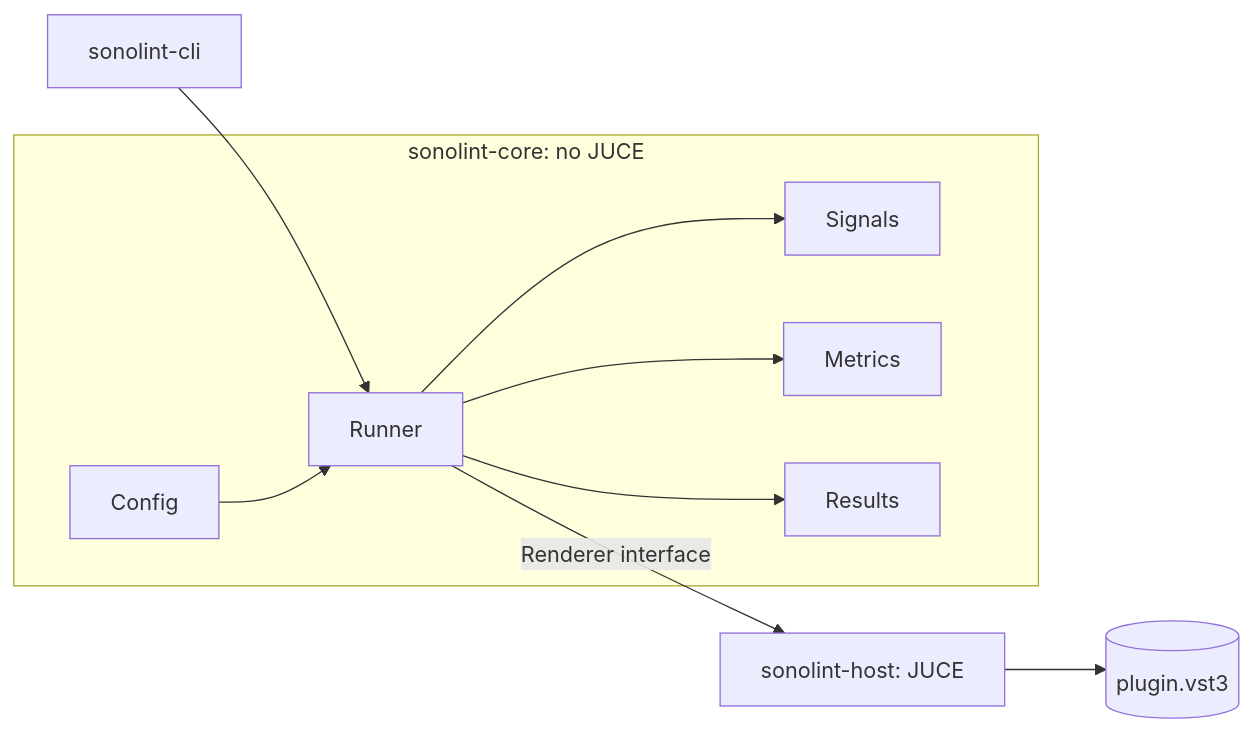
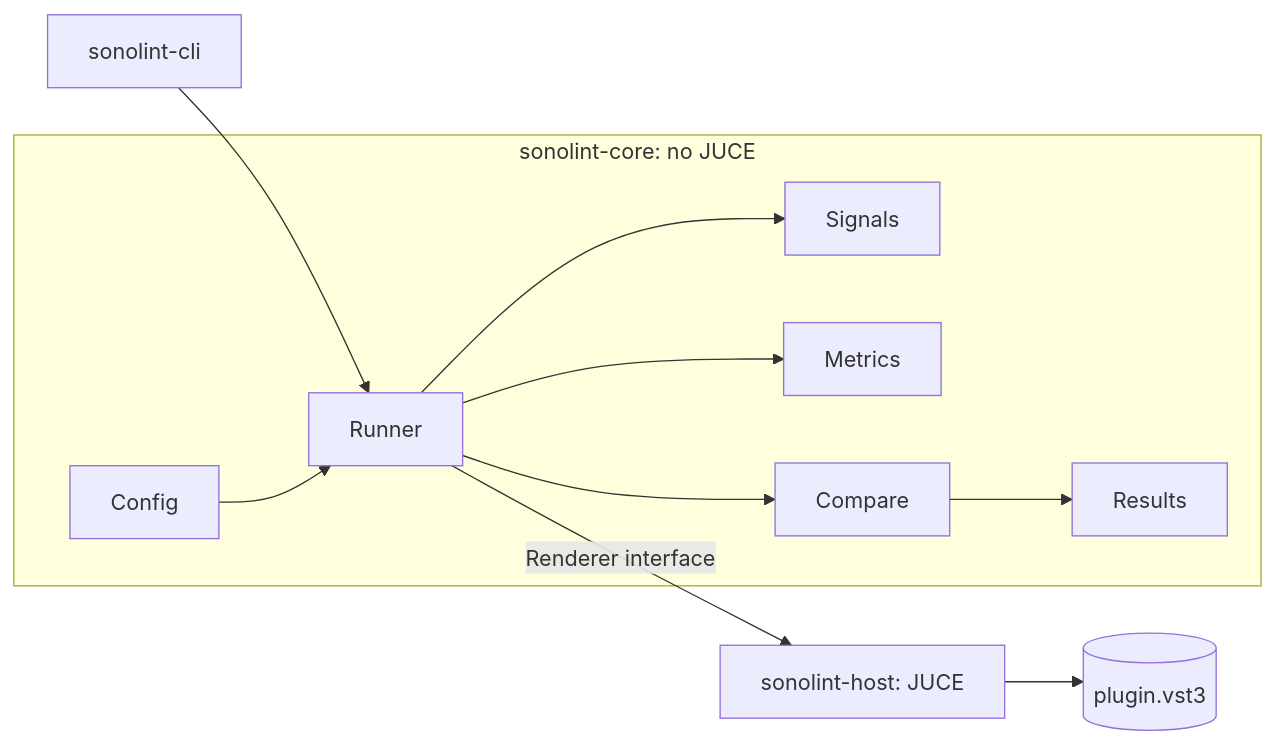
Before and after one commit to Remaori/Sonolint: the diagram in docs/ARCHITECTURE.md, drawn with Mermaid. The commit also changed other lines of this file and 4 other files, not shown here.

````diff
--- a/docs/ARCHITECTURE.md
+++ b/docs/ARCHITECTURE.md
@@ -8,12 +8,13 @@
 ```mermaid
 flowchart LR
   CLI[sonolint-cli] --> Runner
   subgraph core[sonolint-core: no JUCE]
     Config --> Runner
     Runner --> Signals
     Runner --> Metrics
-    Runner --> Results
+    Runner --> Compare
+    Compare --> Results
   end
   Runner -- Renderer interface --> Host[sonolint-host: JUCE]
   Host --> VST3[(plugin.vst3)]
 ```
````
